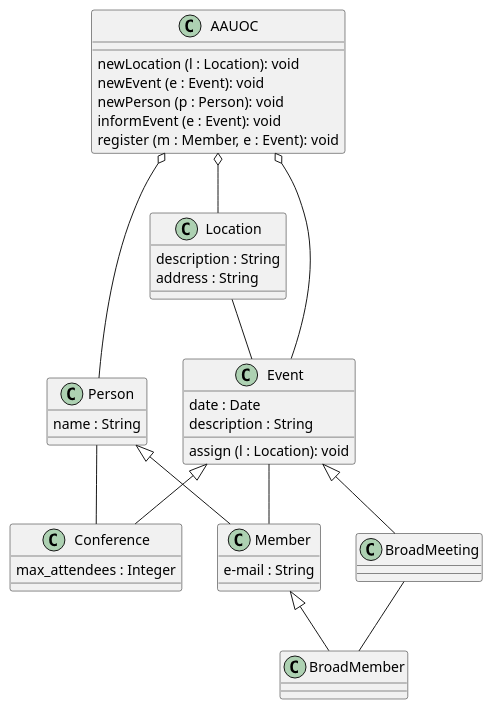
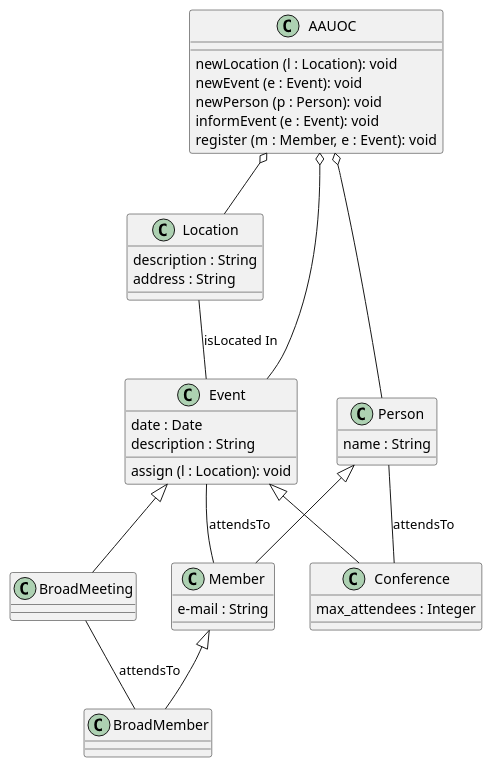
The diagram in Practica_Diagramas_UML.puml (CorazaNegra/UMLClasesFSP), drawn with PlantUML before and after one commit.

Commit message:
Añadiendo texto entre relaciones

```diff
--- a/Practica_Diagramas_UML.puml
+++ b/Practica_Diagramas_UML.puml
@@ -1,54 +1,54 @@
 @startuml
 
 class AAUOC{
     newLocation (l : Location): void
     newEvent (e : Event): void
     newPerson (p : Person): void
     informEvent (e : Event): void
     register (m : Member, e : Event): void
 }
 
 class Location{
     description : String
     address : String
 }
 
 class Event{
     date : Date
     description : String
     assign (l : Location): void
 }
 
 class Conference{
     max_attendees : Integer
 }
 
 class BroadMeeting{
 
 }
 
 class Person{
     name : String
 }
 
 class Member{
     e-mail : String
 }
 
 class BroadMember{
 
 }
 
 AAUOC o-- Event
 AAUOC o-- Location
 AAUOC o-- Person
-Location -- Event
-Event -- Member
-Person -- Conference
-BroadMeeting -- BroadMember
+Location -- Event : isLocated In
+Event -- Member : attendsTo
+Person -- Conference : attendsTo
+BroadMeeting -- BroadMember : attendsTo
 Event <|-- Conference
 Event <|-- BroadMeeting
 Person <|-- Member
 Member <|-- BroadMember
 
 @enduml
```
